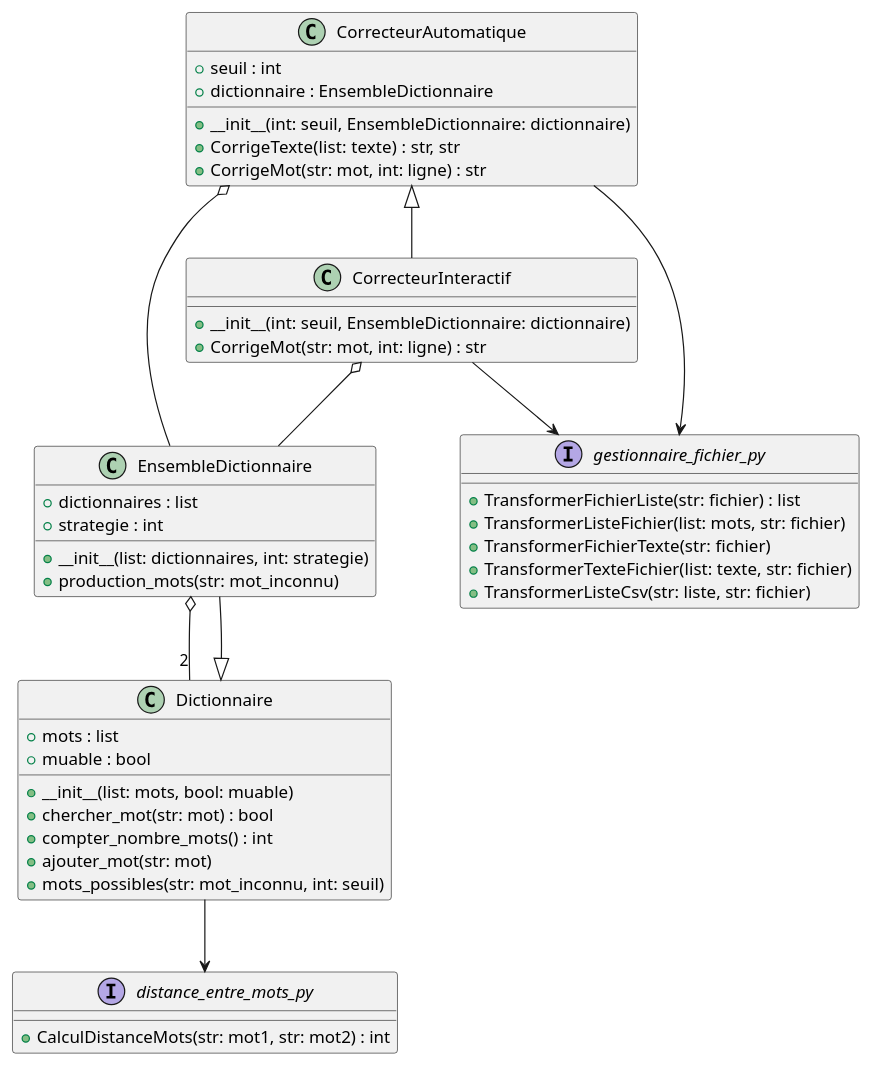
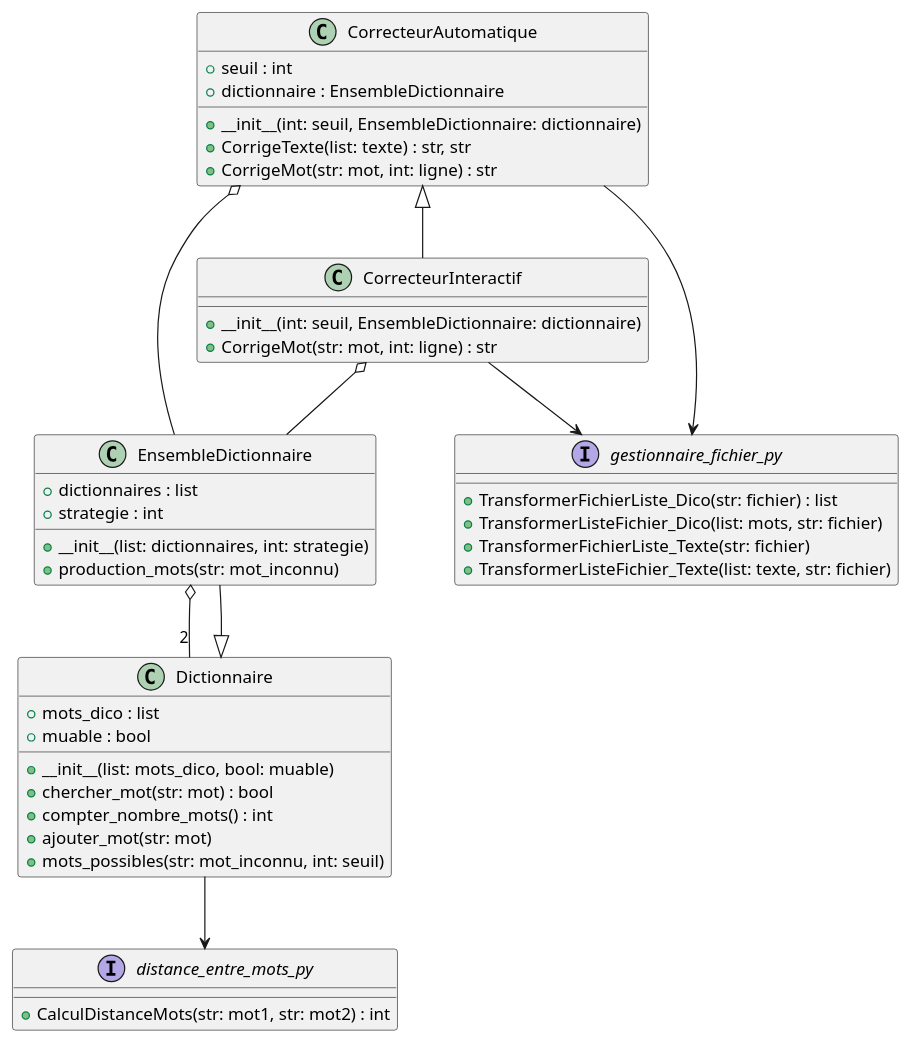
Before and after one commit to sebgranie/projet_info_correcteur: the first of 2 diagrams in diagramme_class.md, drawn with PlantUML. The commit also changed 5 other files, not shown here.

````diff
--- a/diagramme_class.md
+++ b/diagramme_class.md
@@ -3,57 +3,56 @@
 ```puml
 @startuml
 
 class EnsembleDictionnaire {
   + __init__(list: dictionnaires, int: strategie)
   + production_mots(str: mot_inconnu)
   + dictionnaires : list
   + strategie : int
 }
 
 EnsembleDictionnaire o-- "2" Dictionnaire
 Dictionnaire ^-- EnsembleDictionnaire
 
 class Dictionnaire {
-  + __init__(list: mots, bool: muable)
+  + __init__(list: mots_dico, bool: muable)
   + chercher_mot(str: mot) : bool
   + compter_nombre_mots() : int
   + ajouter_mot(str: mot)
   + mots_possibles(str: mot_inconnu, int: seuil)
-  + mots : list
+  + mots_dico : list
   + muable : bool
 }
 
 interface gestionnaire_fichier_py {
-  + TransformerFichierListe(str: fichier) : list
-  + TransformerListeFichier(list: mots, str: fichier)
-  + TransformerFichierTexte(str: fichier)
-  + TransformerTexteFichier(list: texte, str: fichier)
-  + TransformerListeCsv(str: liste, str: fichier)
+  + TransformerFichierListe_Dico(str: fichier) : list
+  + TransformerListeFichier_Dico(list: mots, str: fichier)
+  + TransformerFichierListe_Texte(str: fichier)
+  + TransformerListeFichier_Texte(list: texte, str: fichier)
 }
 
 interface distance_entre_mots_py {
   + CalculDistanceMots(str: mot1, str: mot2) : int
 }
 
 class CorrecteurAutomatique {
   + __init__(int: seuil, EnsembleDictionnaire: dictionnaire)
   + CorrigeTexte(list: texte) : str, str
   + CorrigeMot(str: mot, int: ligne) : str
   + seuil : int
   + dictionnaire : EnsembleDictionnaire
 }
 
 class CorrecteurInteractif {
   + __init__(int: seuil, EnsembleDictionnaire: dictionnaire)
   + CorrigeMot(str: mot, int: ligne) : str
 }
 
 CorrecteurInteractif --> gestionnaire_fichier_py
 CorrecteurInteractif o-- EnsembleDictionnaire
 CorrecteurAutomatique --> gestionnaire_fichier_py
 Dictionnaire --> distance_entre_mots_py
 CorrecteurAutomatique o-- EnsembleDictionnaire
 CorrecteurAutomatique ^-- CorrecteurInteractif
 
 @enduml
 ```
````
